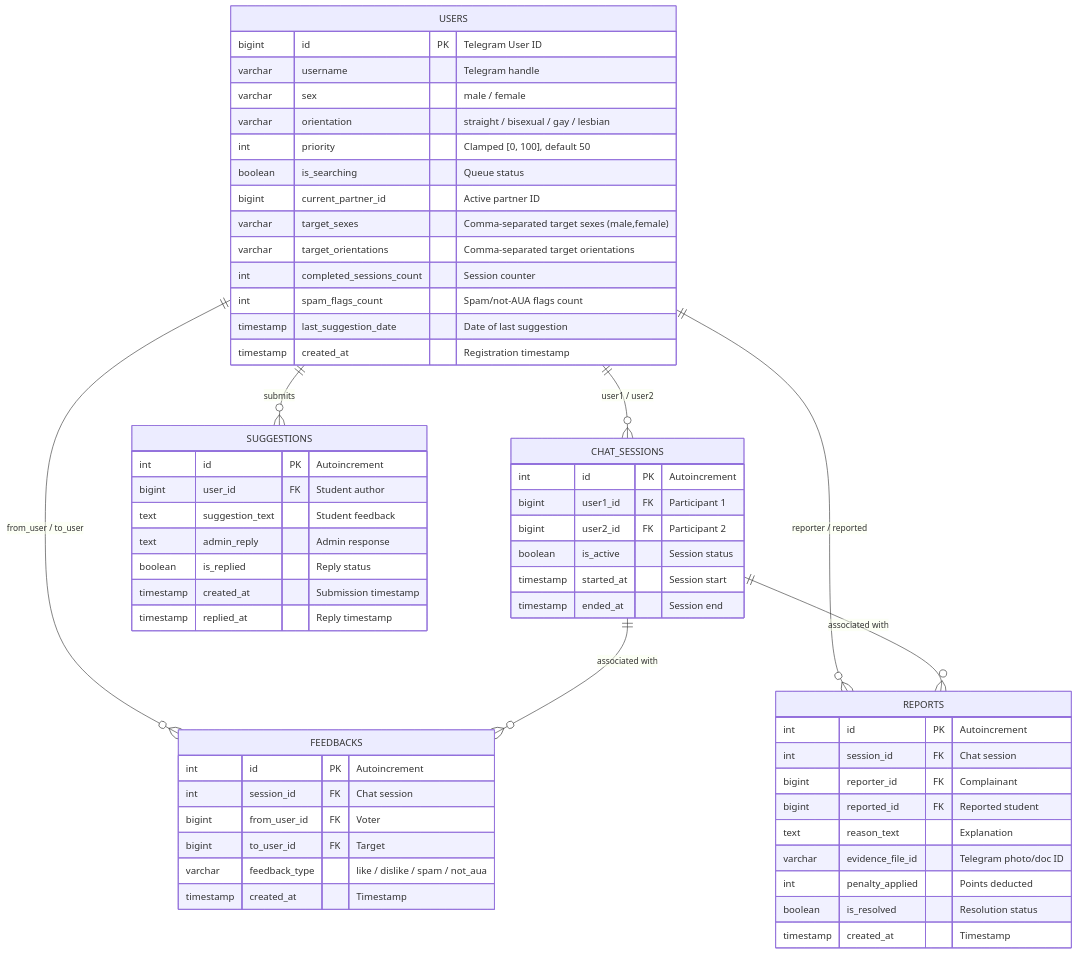
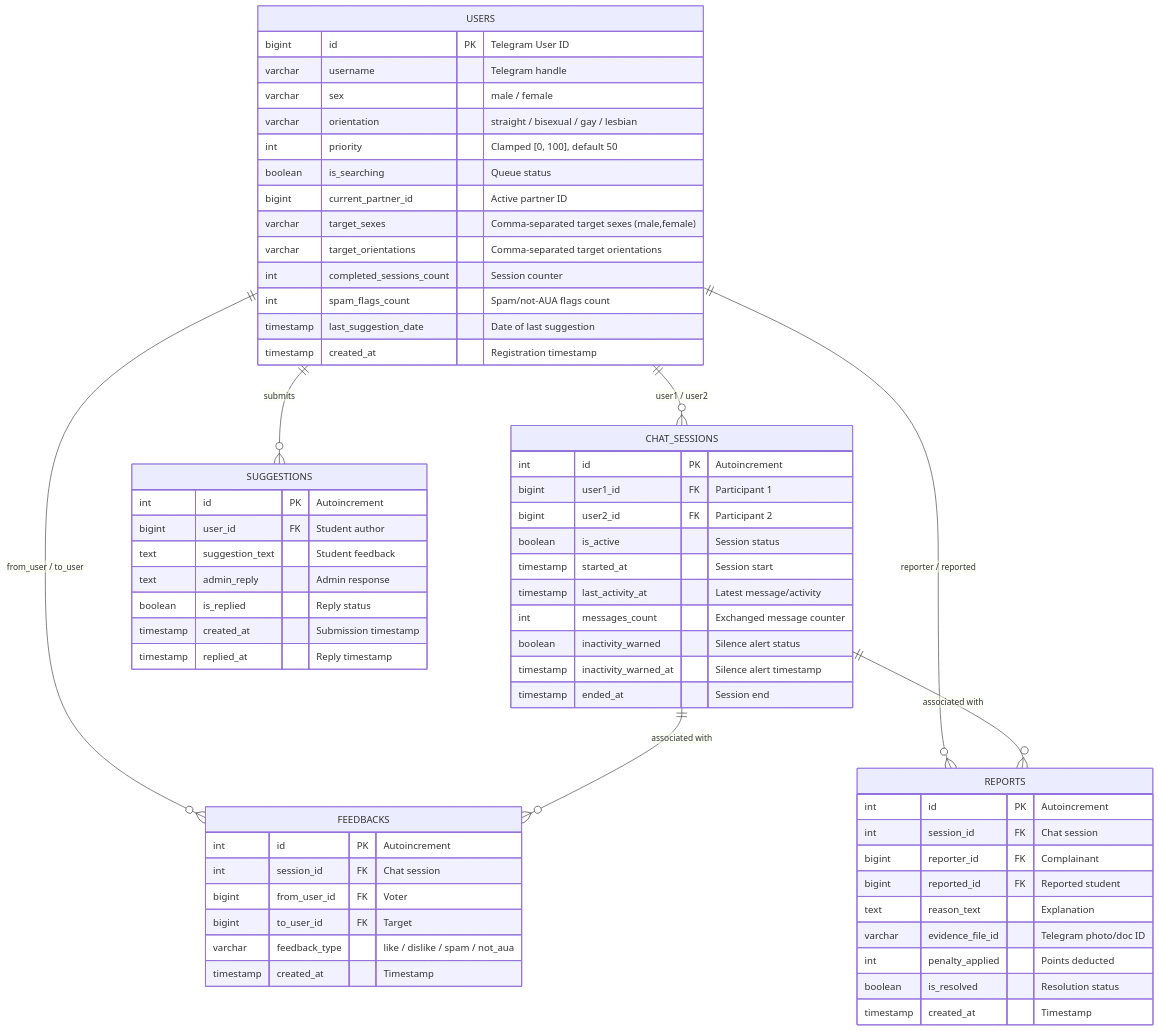
The second of 2 diagrams in README.md (GorSargsyan2004/Anonymous-AUA), drawn with Mermaid before and after one commit. The commit also changed other lines of this file and 10 other files, not shown here.

Commit message:
feat(matching): implement ghost & inactive chat shield with 2-stage silence alert and auto-disconnect

````diff
--- a/README.md
+++ b/README.md
@@ -236,65 +240,69 @@
 ```mermaid
 erDiagram
     USERS ||--o{ CHAT_SESSIONS : "user1 / user2"
     USERS ||--o{ FEEDBACKS : "from_user / to_user"
     USERS ||--o{ REPORTS : "reporter / reported"
     USERS ||--o{ SUGGESTIONS : "submits"
     CHAT_SESSIONS ||--o{ FEEDBACKS : "associated with"
     CHAT_SESSIONS ||--o{ REPORTS : "associated with"
 
     USERS {
         bigint id PK "Telegram User ID"
         varchar username "Telegram handle"
         varchar sex "male / female"
         varchar orientation "straight / bisexual / gay / lesbian"
         int priority "Clamped [0, 100], default 50"
         boolean is_searching "Queue status"
         bigint current_partner_id "Active partner ID"
         varchar target_sexes "Comma-separated target sexes (male,female)"
         varchar target_orientations "Comma-separated target orientations"
         int completed_sessions_count "Session counter"
         int spam_flags_count "Spam/not-AUA flags count"
         timestamp last_suggestion_date "Date of last suggestion"
         timestamp created_at "Registration timestamp"
     }
 
     CHAT_SESSIONS {
         int id PK "Autoincrement"
         bigint user1_id FK "Participant 1"
         bigint user2_id FK "Participant 2"
         boolean is_active "Session status"
         timestamp started_at "Session start"
+        timestamp last_activity_at "Latest message/activity"
+        int messages_count "Exchanged message counter"
+        boolean inactivity_warned "Silence alert status"
+        timestamp inactivity_warned_at "Silence alert timestamp"
         timestamp ended_at "Session end"
     }
 
     FEEDBACKS {
         int id PK "Autoincrement"
         int session_id FK "Chat session"
         bigint from_user_id FK "Voter"
         bigint to_user_id FK "Target"
         varchar feedback_type "like / dislike / spam / not_aua"
         timestamp created_at "Timestamp"
     }
 
     REPORTS {
         int id PK "Autoincrement"
         int session_id FK "Chat session"
         bigint reporter_id FK "Complainant"
         bigint reported_id FK "Reported student"
         text reason_text "Explanation"
         varchar evidence_file_id "Telegram photo/doc ID"
         int penalty_applied "Points deducted"
         boolean is_resolved "Resolution status"
         timestamp created_at "Timestamp"
     }
 
     SUGGESTIONS {
         int id PK "Autoincrement"
         bigint user_id FK "Student author"
         text suggestion_text "Student feedback"
         text admin_reply "Admin response"
         boolean is_replied "Reply status"
         timestamp created_at "Submission timestamp"
         timestamp replied_at "Reply timestamp"
     }
 ```
````
